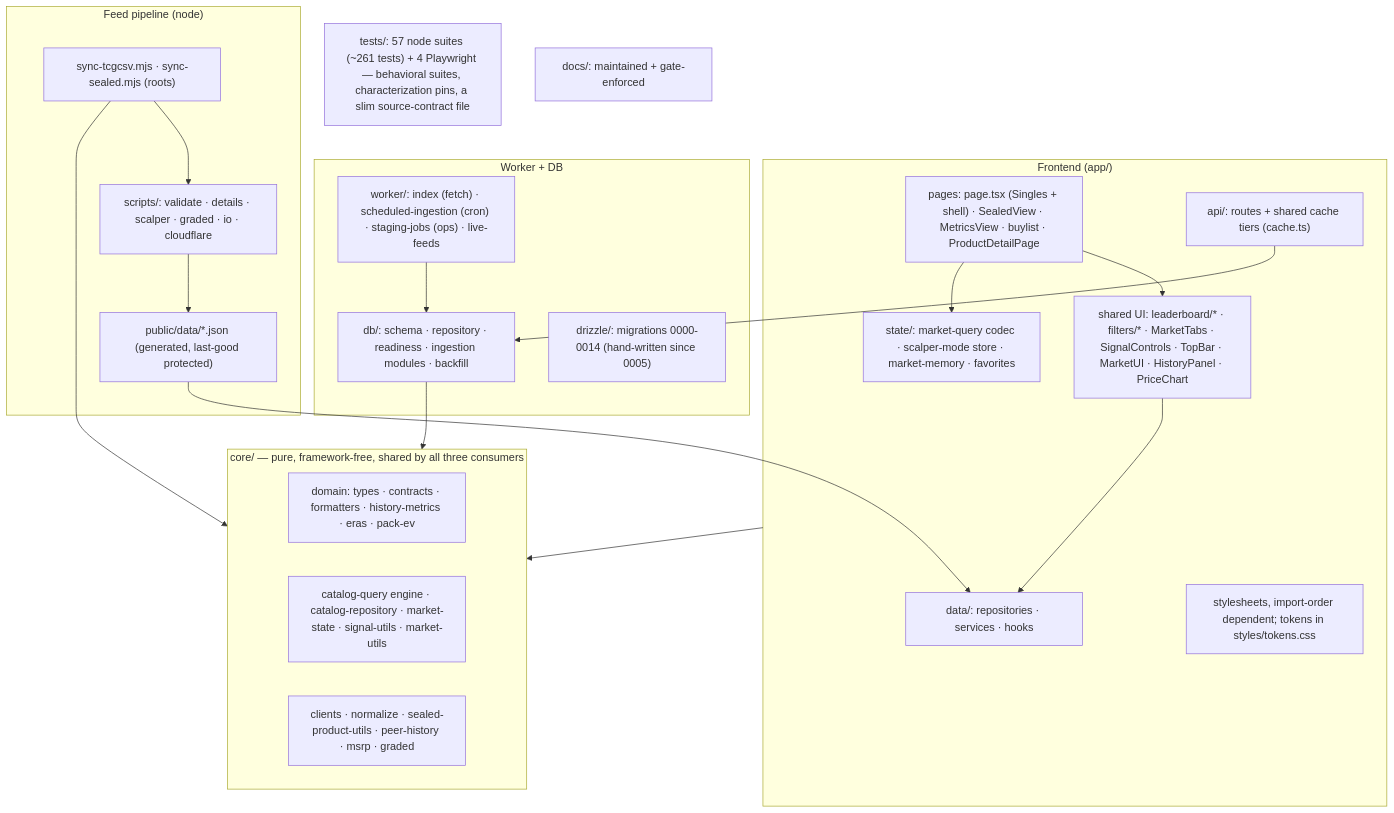
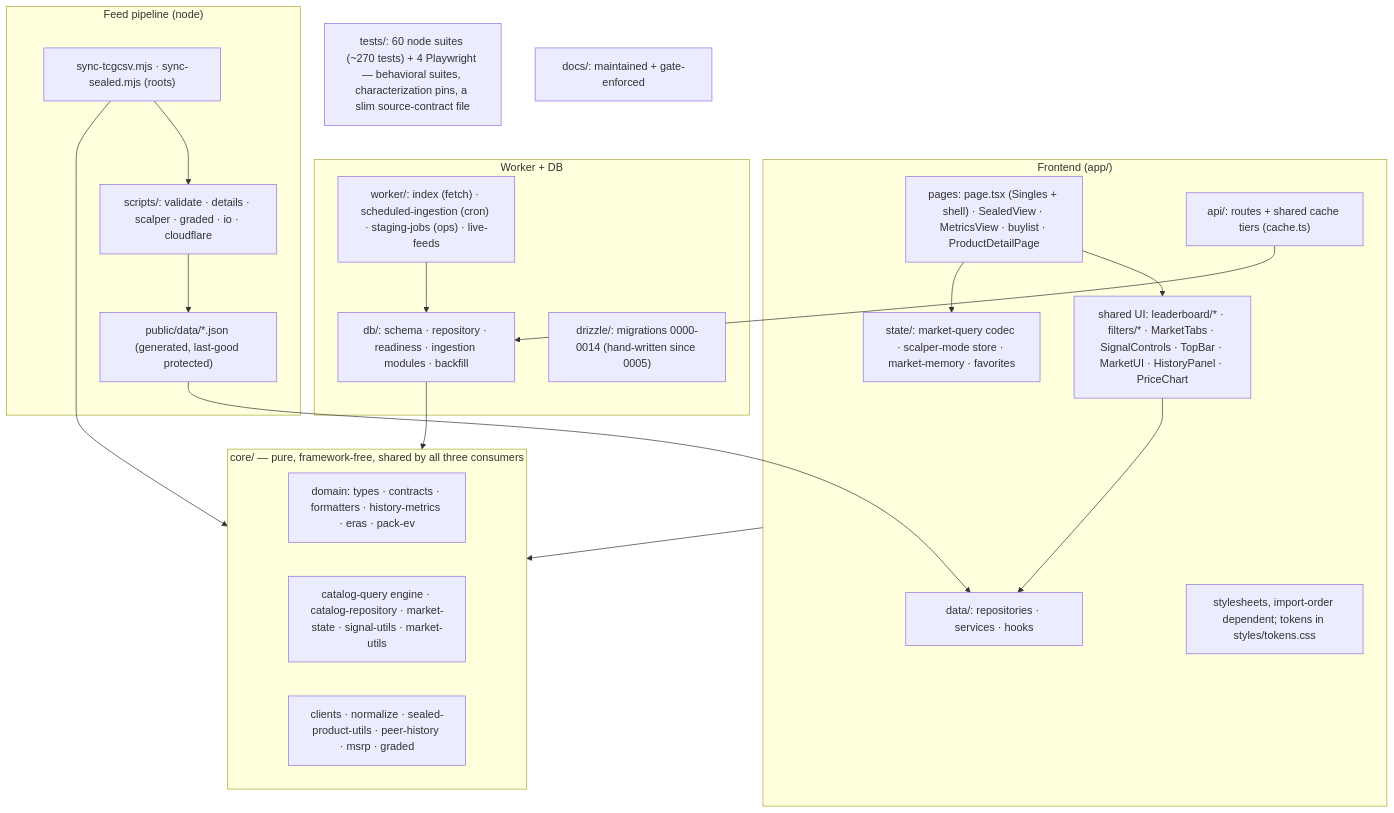
One commit to cjord/rawsignal changed the first of 3 diagrams in docs/helicopter-view.md. Above: the diagram before and after it, drawn with Mermaid. The commit also changed other lines of this file and 20 other files, not shown here.

````diff
--- a/docs/helicopter-view.md
+++ b/docs/helicopter-view.md
@@ -19,38 +19,38 @@
 ```mermaid
 flowchart TB
   subgraph frontend["Frontend (app/)"]
     pages["pages: page.tsx (Singles + shell) · SealedView · MetricsView · buylist · ProductDetailPage"]
     prims["shared UI: leaderboard/* · filters/* · MarketTabs · SignalControls · TopBar · MarketUI · HistoryPanel · PriceChart"]
     state["state/: market-query codec · scalper-mode store · market-memory · favorites"]
     dataL["data/: repositories · services · hooks"]
     api["api/: routes + shared cache tiers (cache.ts)"]
     css["stylesheets, import-order dependent; tokens in styles/tokens.css"]
   end
   subgraph core["core/ — pure, framework-free, shared by all three consumers"]
     domain["domain: types · contracts · formatters · history-metrics · eras · pack-ev"]
     engine["catalog-query engine · catalog-repository · market-state · signal-utils · market-utils"]
     pipe["clients · normalize · sealed-product-utils · peer-history · msrp · graded"]
   end
   subgraph backend["Worker + DB"]
     worker["worker/: index (fetch) · scheduled-ingestion (cron) · staging-jobs (ops) · live-feeds"]
     db["db/: schema · repository · readiness · ingestion modules · backfill"]
     drizzle["drizzle/: migrations 0000-0014 (hand-written since 0005)"]
   end
   subgraph pipeline["Feed pipeline (node)"]
     sync["sync-tcgcsv.mjs · sync-sealed.mjs (roots)"]
     scripts["scripts/: validate · details · scalper · graded · io · cloudflare"]
     feeds["public/data/*.json (generated, last-good protected)"]
   end
-  tests["tests/: 57 node suites (~261 tests) + 4 Playwright — behavioral suites, characterization pins, a slim source-contract file"]
+  tests["tests/: 60 node suites (~270 tests) + 4 Playwright — behavioral suites, characterization pins, a slim source-contract file"]
   docs["docs/: maintained + gate-enforced"]
 
   pages --> prims --> dataL
   pages --> state
   frontend --> core
   api --> db
   worker --> db
   db --> core
   sync --> scripts --> feeds
   sync --> core
   feeds --> dataL
 ```
````
